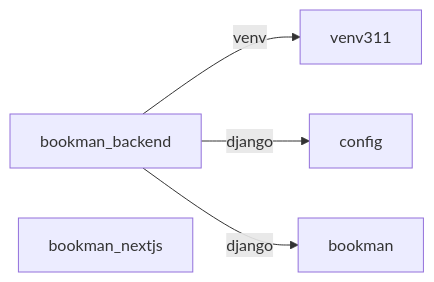
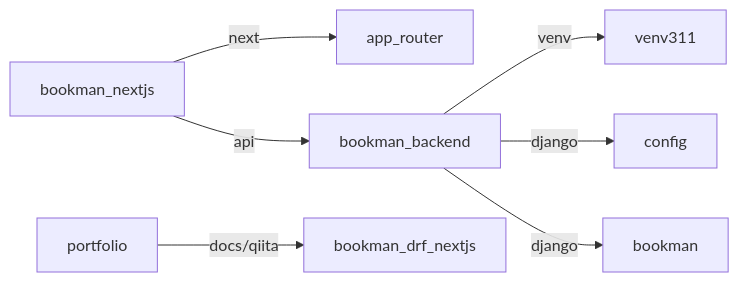
One commit to duri0214/portfolio changed the diagram in docs/qiita/bookman_drf_nextjs.md. Above: the diagram before and after it, drawn with Mermaid. The commit also changed other lines of this file, not shown here.

Commit message:
872 Update Bookman Next.js Qiita article

````diff
--- a/docs/qiita/bookman_drf_nextjs.md
+++ b/docs/qiita/bookman_drf_nextjs.md
@@ -22,8 +36,12 @@
 ```mermaid
 graph LR
   bookman_backend
   bookman_nextjs
+  portfolio
+  portfolio -- docs/qiita --> bookman_drf_nextjs
   bookman_backend -- venv --> venv311
   bookman_backend -- django --> config
   bookman_backend -- django --> bookman
+  bookman_nextjs -- next --> app_router
+  bookman_nextjs -- api --> bookman_backend
 ```
````
